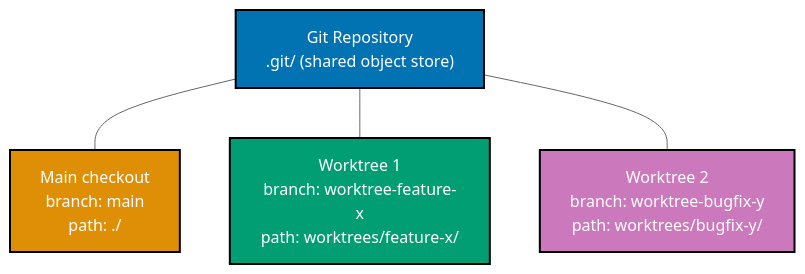
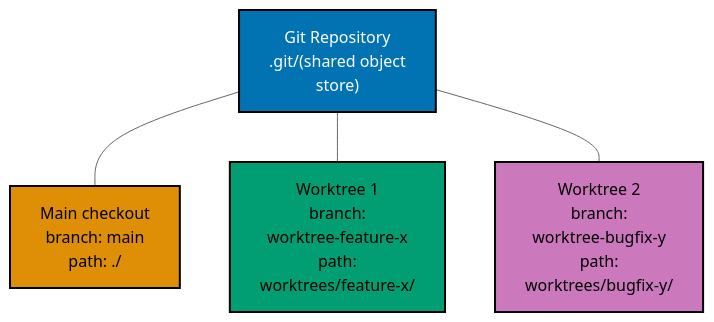
Before and after one commit to wahidyankf/ose-public: the seventh of 8 diagrams in apps/ayokoding-www/content/en/learn/legacy/artificial-intelligence/tools/claude-code/by-concept/intermediate.md, drawn with Mermaid (neutral theme). The commit also changed other lines of this file and 50 other files, not shown here.

First line of the commit message:
fix(mermaid): bring the docs, governance, plans, and legacy AI diagrams onto the accessible palette

````diff
--- a/apps/ayokoding-www/content/en/learn/legacy/artificial-intelligence/tools/claude-code/by-concept/intermediate.md
+++ b/apps/ayokoding-www/content/en/learn/legacy/artificial-intelligence/tools/claude-code/by-concept/intermediate.md
@@ -1116,19 +1134,22 @@
 ```mermaid
 %% Color Palette: Blue #0173B2, Orange #DE8F05, Teal #029E73, Purple #CC78BC, Brown #CA9161
 %% All colors are color-blind friendly and meet WCAG AA contrast standards
 
 graph TD
-    REPO["Git Repository<br/>.git/ (shared object store)"]:::blue
+    accTitle: 11. Worktrees
+    accDescr: Graph with 4 nodes and 3 connections. Nodes: Git Repository .git/(shared object store), Main checkout branch: main path: ./, Worktree 1 branch: worktree-feature-x path: worktrees/feature-x/, Worktree 2 branch: worktree-bugfix-y path: worktrees/bugfix-y/. Connections: Git Repository .git/(shared object store) to Main checkout branch: main path: ./, Git Repository .git/(shared object store) to Worktree 1 branch: worktree-feature-x path: worktrees/feature-x/, Git Repository .git/(shared object store) to Worktree 2 branch: worktree-bugfix-y path: worktrees/bugfix-y/.
+    REPO["Git Repository<br/>.git/(shared object<br/>store)"]:::blue
     MAIN["Main checkout<br/>branch: main<br/>path: ./"]:::orange
-    WT1["Worktree 1<br/>branch: worktree-feature-x<br/>path: worktrees/feature-x/"]:::teal
-    WT2["Worktree 2<br/>branch: worktree-bugfix-y<br/>path: worktrees/bugfix-y/"]:::purple
+    WT1["Worktree 1<br/>branch:<br/>worktree-feature-x<br/>path:<br/>worktrees/feature-x/"]:::teal
+    WT2["Worktree 2<br/>branch:<br/>worktree-bugfix-y<br/>path:<br/>worktrees/bugfix-y/"]:::purple
 
     REPO --- MAIN
     REPO --- WT1
     REPO --- WT2
 
     classDef blue fill:#0173B2,stroke:#000000,color:#FFFFFF,stroke-width:2px
-    classDef orange fill:#DE8F05,stroke:#000000,color:#FFFFFF,stroke-width:2px
-    classDef teal fill:#029E73,stroke:#000000,color:#FFFFFF,stroke-width:2px
-    classDef purple fill:#CC78BC,stroke:#000000,color:#FFFFFF,stroke-width:2px
+    classDef orange fill:#DE8F05,stroke:#000000,color:#000000,stroke-width:2px
+    classDef teal fill:#029E73,stroke:#000000,color:#000000,stroke-width:2px
+    classDef purple fill:#CC78BC,stroke:#000000,color:#000000,stroke-width:2px
+    classDef default fill:#FFFFFF,stroke:#000000,color:#000000
 ```
````
